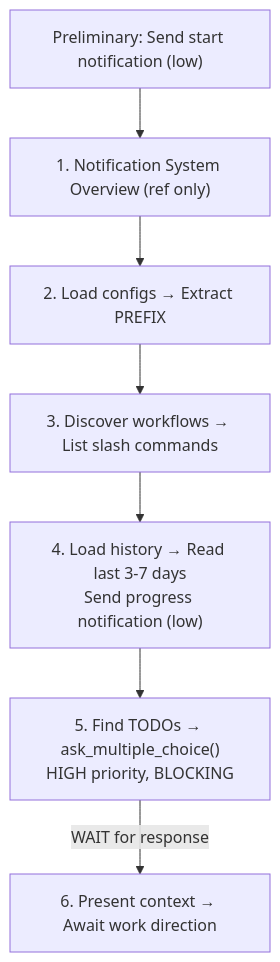
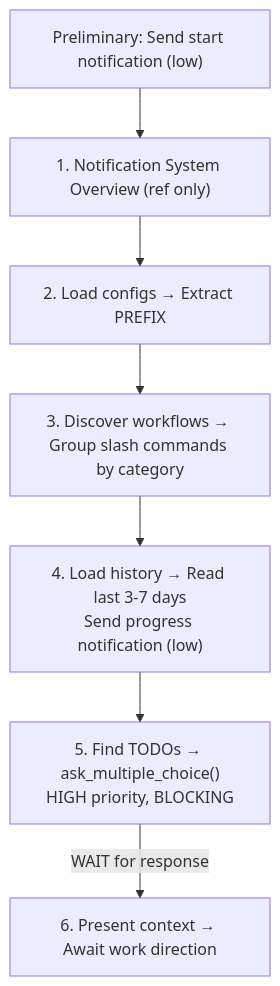
Before and after one commit to deepily/planning-is-prompting: the diagram in workflow/session-start.md, drawn with Mermaid. The commit also changed other lines of this file and 1 other file, not shown here.

````diff
--- a/workflow/session-start.md
+++ b/workflow/session-start.md
@@ -1624,9 +1624,9 @@
 ```mermaid
 flowchart TD
     P["Preliminary: Send start notification (low)"] --> S1["1. Notification System Overview (ref only)"]
     S1 --> S2["2. Load configs → Extract PREFIX"]
-    S2 --> S3["3. Discover workflows → List slash commands"]
+    S2 --> S3["3. Discover workflows → Group slash commands by category"]
     S3 --> S4["4. Load history → Read last 3-7 days<br>Send progress notification (low)"]
     S4 --> S5["5. Find TODOs → ask_multiple_choice()<br>HIGH priority, BLOCKING"]
     S5 -->|WAIT for response| S6["6. Present context → Await work direction"]
 ```
````
